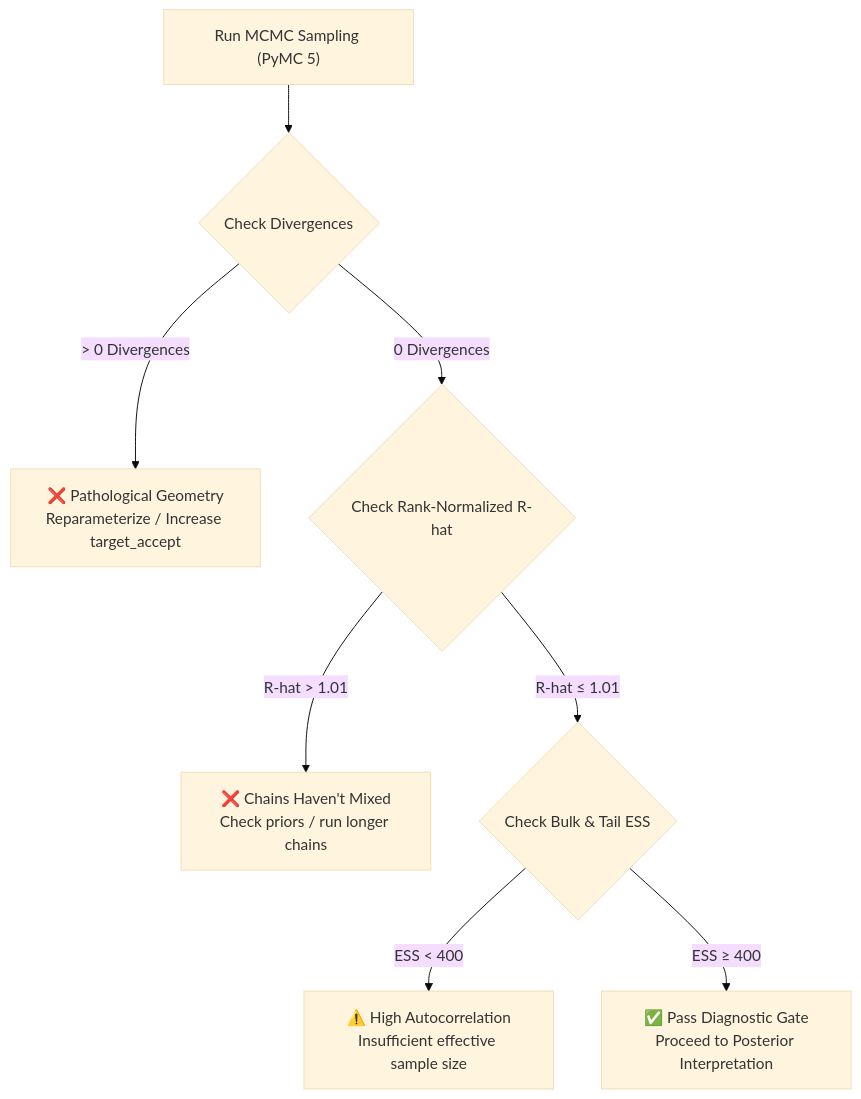
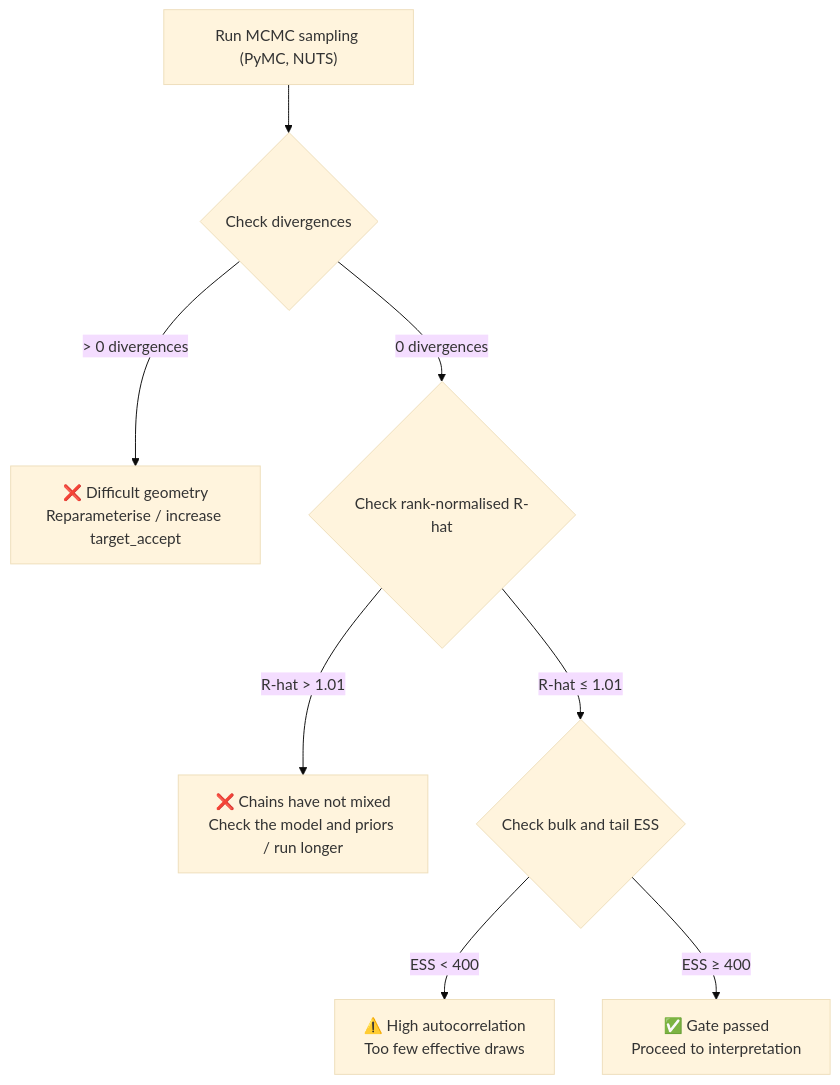
Before and after one commit to iknyazeva/bayes-cogsci-book: the diagram in 6.AssessingConvergence.md, drawn with Mermaid (base theme). The commit also changed other lines of this file and 139 other files, not shown here.

````diff
--- a/6.AssessingConvergence.md
+++ b/6.AssessingConvergence.md
@@ -7,10 +14,10 @@
 ```{mermaid}
 flowchart TD
-    A["Run MCMC Sampling (PyMC 5)"] --> B{"Check Divergences"}
-    B -- "> 0 Divergences" --> C["❌ Pathological Geometry<br>Reparameterize / Increase target_accept"]
-    B -- "0 Divergences" --> D{"Check Rank-Normalized R-hat"}
-    D -- "R-hat > 1.01" --> E["❌ Chains Haven't Mixed<br>Check priors / run longer chains"]
-    D -- "R-hat ≤ 1.01" --> F{"Check Bulk & Tail ESS"}
-    F -- "ESS < 400" --> G["⚠️ High Autocorrelation<br>Insufficient effective sample size"]
-    F -- "ESS ≥ 400" --> H["✅ Pass Diagnostic Gate<br>Proceed to Posterior Interpretation"]
+    A["Run MCMC sampling (PyMC, NUTS)"] --> B{"Check divergences"}
+    B -- "> 0 divergences" --> C["❌ Difficult geometry<br>Reparameterise / increase target_accept"]
+    B -- "0 divergences" --> D{"Check rank-normalised R-hat"}
+    D -- "R-hat > 1.01" --> E["❌ Chains have not mixed<br>Check the model and priors / run longer"]
+    D -- "R-hat ≤ 1.01" --> F{"Check bulk and tail ESS"}
+    F -- "ESS < 400" --> G["⚠️ High autocorrelation<br>Too few effective draws"]
+    F -- "ESS ≥ 400" --> H["✅ Gate passed<br>Proceed to interpretation"]
 ```
````
